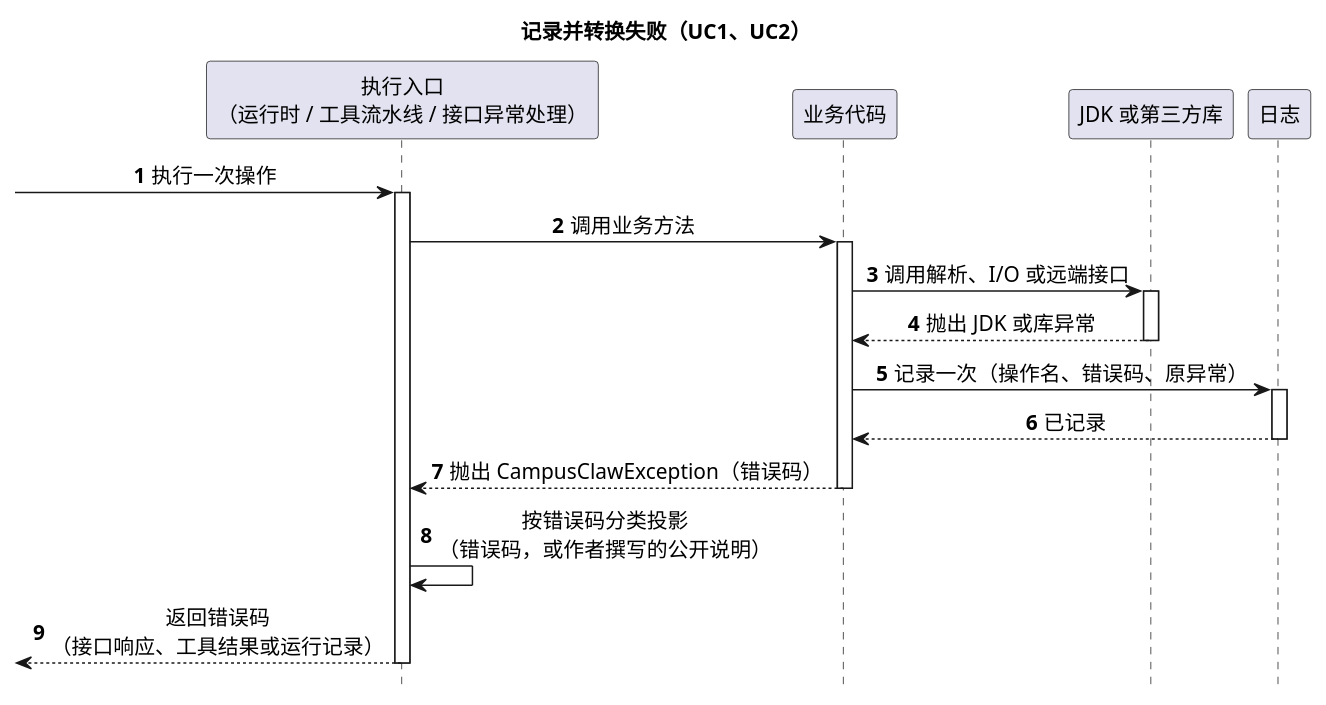
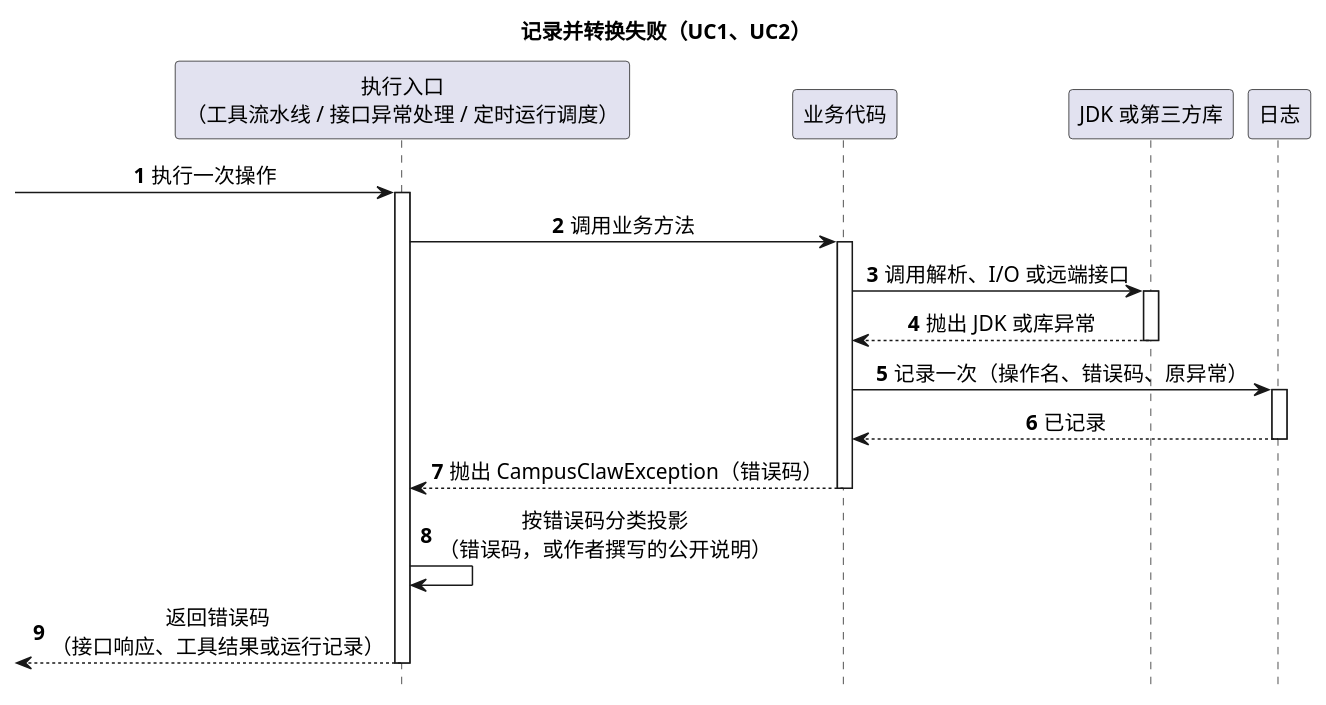
Before and after one commit to ssm0808/pi-mono-java-design: the first of 2 diagrams in 01-总体架构/09-CampusClaw异常与错误码/diagram.puml, drawn with PlantUML. The commit also changed other lines of this file and 5 other files, not shown here.

First line of the commit message:
Rebase exception design on Java main 1446c585

```diff
--- a/01-总体架构/09-CampusClaw异常与错误码/diagram.puml
+++ b/01-总体架构/09-CampusClaw异常与错误码/diagram.puml
@@ -1,28 +1,29 @@
 @startuml exception_translation
-' Java 基线：455445a4db136a58381f866e073a82d1f16ff1f1；2026-10-15 拉取 main。
+' Java 基线：1446c58564539eb320fa3c6b495be34e5f985394；2026-10-17 拉取 main。
 ' 源码：modules/agent-core/src/main/java/com/campusclaw/agent/tool/ToolExecutionPipeline.java failureResult、messageForException。
 ' 源码：modules/coding-agent-cli/src/main/java/com/campusclaw/codingagent/runtimeapi/web/RuntimeExceptionHandler.java。
+' 源码：modules/coding-agent-cli/src/main/java/com/campusclaw/codingagent/schedule/web/ScheduleExceptionHandler.java。
 ' 场景：Claw 内部一次失败从捕获、记录、转换到投影给调用方的过程。
 ' 目标：待实现；CampusClawException 与 CampusClawErrorCode 取代各自定义异常类和各模块错误码枚举。
 ' 表达方式：只画正常的转换路径；错误码族不匹配时的处理见 README.md 第 5.2.1 节。
 title 记录并转换失败（UC1、UC2）
 hide footbox
 skinparam backgroundColor white
 skinparam defaultFontSize 14
 skinparam sequenceMessageAlign center
-participant "执行入口\n（运行时 / 工具流水线 / 接口异常处理）" as Boundary
+participant "执行入口\n（工具流水线 / 接口异常处理 / 定时运行调度）" as Boundary
 participant "业务代码" as Source
 participant "JDK 或第三方库" as Library
 participant "日志" as Log
 autonumber
 [-> Boundary ++ : 执行一次操作
 Boundary -> Source ++ : 调用业务方法
 Source -> Library ++ : 调用解析、I/O 或远端接口
 return 抛出 JDK 或库异常
 Source -> Log ++ : 记录一次（操作名、错误码、原异常）
 return 已记录
 return 抛出 CampusClawException（错误码）
 Boundary -> Boundary : 按错误码分类投影\n（错误码，或作者撰写的公开说明）
 [<-- Boundary : 返回错误码\n（接口响应、工具结果或运行记录）
 deactivate Boundary
 @enduml
```
